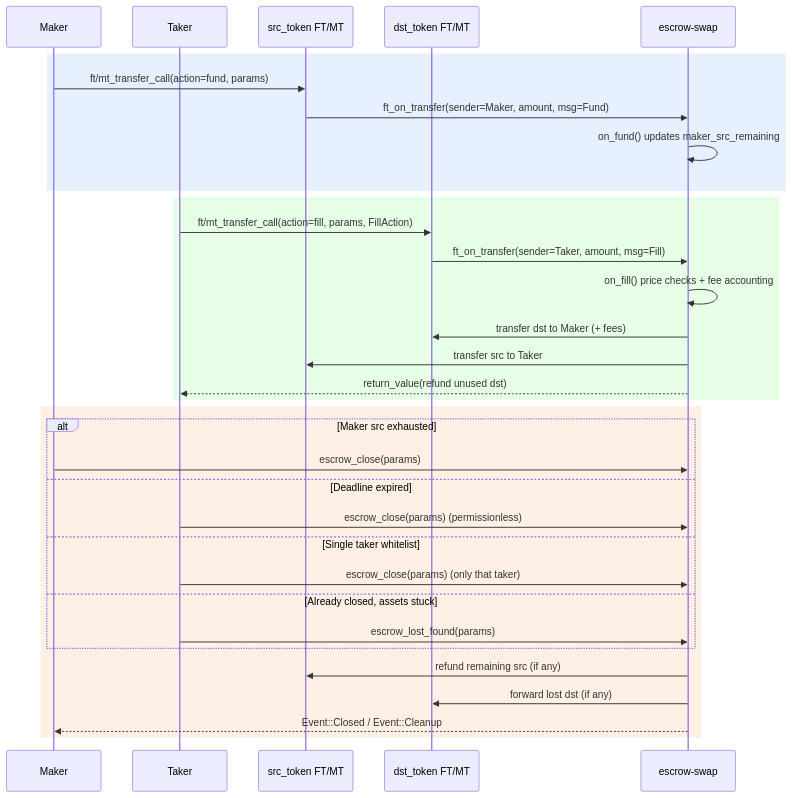
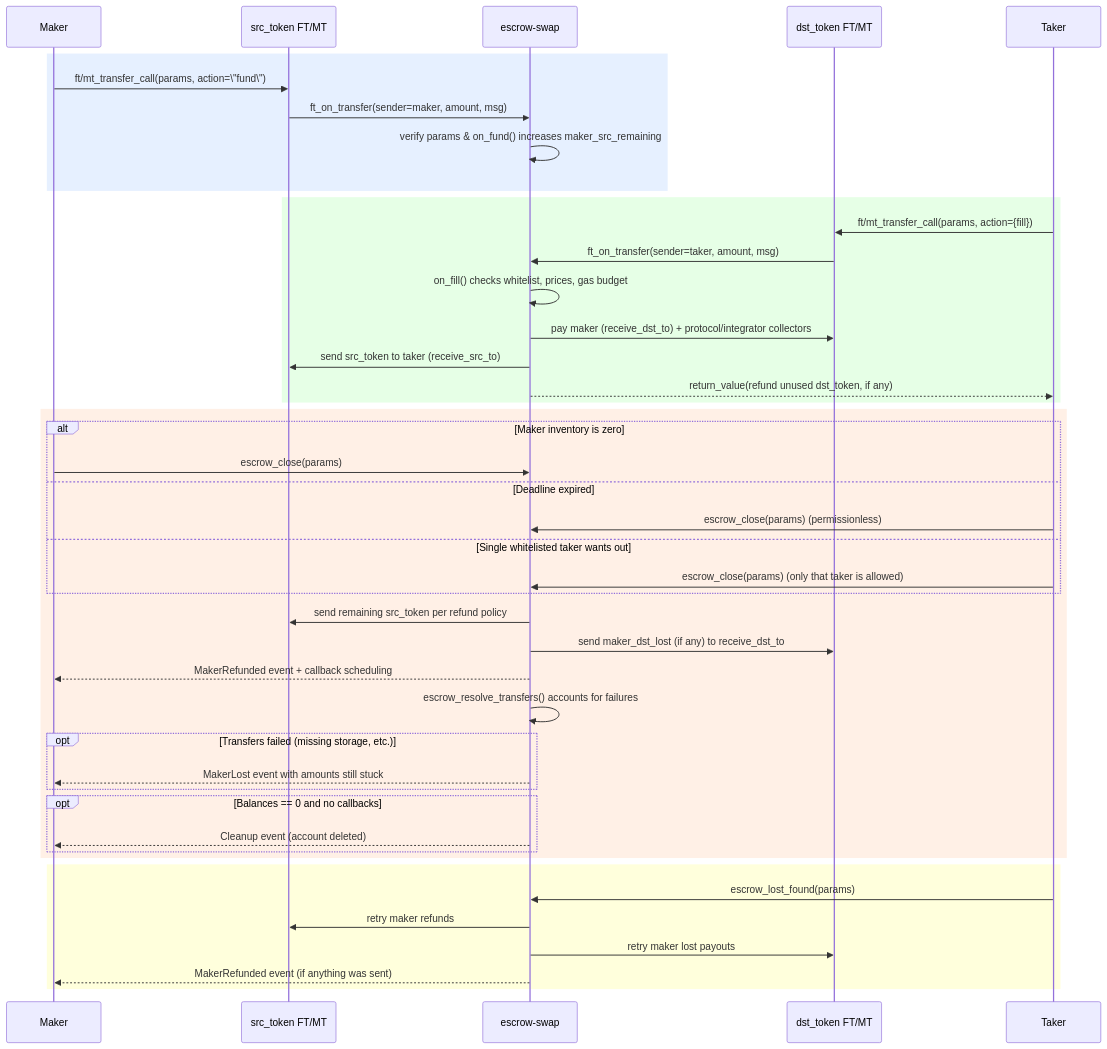
Before and after one commit to near/intents: the diagram in escrow-swap/README.md, drawn with Mermaid. The commit also changed other lines of this file, not shown here.

````diff
--- a/escrow-swap/README.md
+++ b/escrow-swap/README.md
@@ -441,38 +26,50 @@
 ```mermaid
 sequenceDiagram
     participant Maker
+    participant SrcToken as src_token FT/MT
+    participant Escrow as escrow-swap
+    participant DstToken as dst_token FT/MT
     participant Taker
-    participant SrcToken as src_token FT/MT
-    participant DstToken as dst_token FT/MT
-    participant Escrow as escrow-swap
 
     rect rgb(230,240,255)
-        Maker->>SrcToken: ft/mt_transfer_call(action=fund, params)
-        SrcToken->>Escrow: ft_on_transfer(sender=Maker, amount, msg=Fund)
-        Escrow->>Escrow: on_fund() updates maker_src_remaining
+        Maker->>SrcToken: ft/mt_transfer_call(params, action=\"fund\")
+        SrcToken->>Escrow: ft_on_transfer(sender=maker, amount, msg)
+        Escrow->>Escrow: verify params & on_fund() increases maker_src_remaining
     end
 
     rect rgb(230,255,230)
-        Taker->>DstToken: ft/mt_transfer_call(action=fill, params, FillAction)
-        DstToken->>Escrow: ft_on_transfer(sender=Taker, amount, msg=Fill)
-        Escrow->>Escrow: on_fill() price checks + fee accounting
-        Escrow->>DstToken: transfer dst to Maker (+ fees)
-        Escrow->>SrcToken: transfer src to Taker
-        Escrow-->>Taker: return_value(refund unused dst)
+        Taker->>DstToken: ft/mt_transfer_call(params, action={fill})
+        DstToken->>Escrow: ft_on_transfer(sender=taker, amount, msg)
+        Escrow->>Escrow: on_fill() checks whitelist, prices, gas budget
+        Escrow->>DstToken: pay maker (receive_dst_to) + protocol/integrator collectors
+        Escrow->>SrcToken: send src_token to taker (receive_src_to)
+        Escrow-->>Taker: return_value(refund unused dst_token, if any)
     end
 
     rect rgb(255,240,230)
-        alt Maker src exhausted
+        alt Maker inventory is zero
             Maker->>Escrow: escrow_close(params)
         else Deadline expired
             Taker->>Escrow: escrow_close(params) (permissionless)
-        else Single taker whitelist
-            Taker->>Escrow: escrow_close(params) (only that taker)
-        else Already closed, assets stuck
-            Taker->>Escrow: escrow_lost_found(params)
+        else Single whitelisted taker wants out
+            Taker->>Escrow: escrow_close(params) (only that taker is allowed)
         end
-        Escrow->>SrcToken: refund remaining src (if any)
-        Escrow->>DstToken: forward lost dst (if any)
-        Escrow-->>Maker: Event::Closed / Event::Cleanup
+        Escrow->>SrcToken: send remaining src_token per refund policy
+        Escrow->>DstToken: send maker_dst_lost (if any) to receive_dst_to
+        Escrow-->>Maker: MakerRefunded event + callback scheduling
+        Escrow->>Escrow: escrow_resolve_transfers() accounts for failures
+        opt Transfers failed (missing storage, etc.)
+            Escrow-->>Maker: MakerLost event with amounts still stuck
+        end
+        opt Balances == 0 and no callbacks
+            Escrow-->>Maker: Cleanup event (account deleted)
+        end
+    end
+
+    rect rgb(255,255,220)
+        Taker->>Escrow: escrow_lost_found(params)
+        Escrow->>SrcToken: retry maker refunds
+        Escrow->>DstToken: retry maker lost payouts
+        Escrow-->>Maker: MakerRefunded event (if anything was sent)
     end
 ```
````
